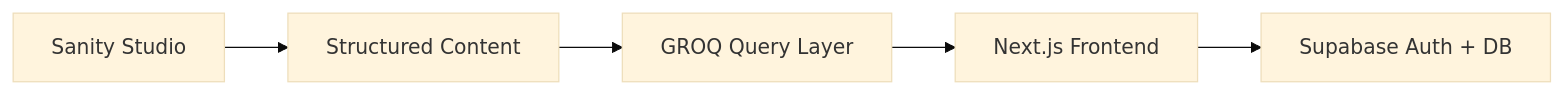
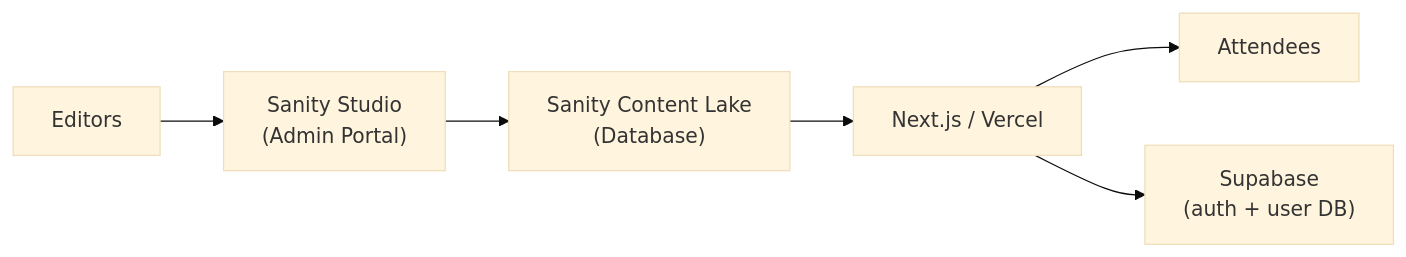
Before and after one commit to zarif-al/zarif-portfolio: the first of 6 diagrams in scripts/seed/content/projects/brightonseo.md, drawn with Mermaid (base theme). The commit also changed other lines of this file, not shown here.

Commit message:
docs(seed): clarify BrightonSEO architecture diagram flow

````diff
--- a/scripts/seed/content/projects/brightonseo.md
+++ b/scripts/seed/content/projects/brightonseo.md
@@ -11,7 +11,8 @@
 ```mermaid
 flowchart LR
-  Studio["Sanity Studio"] --> Content["Structured Content"]
-  Content --> Queries["GROQ Query Layer"]
-  Queries --> Pages["Next.js Frontend"]
-  Pages --> Supabase["Supabase Auth + DB"]
+    Editors["Editors"] --> Studio["Sanity Studio<br/>(Admin Portal)"]
+    Studio --> Lake["Sanity Content Lake<br/>(Database)"]
+    Lake --> Frontend["Next.js / Vercel"]
+    Frontend --> Attendees["Attendees"]
+    Frontend --> Supabase["Supabase<br/>(auth + user DB)"]
 ```
````
